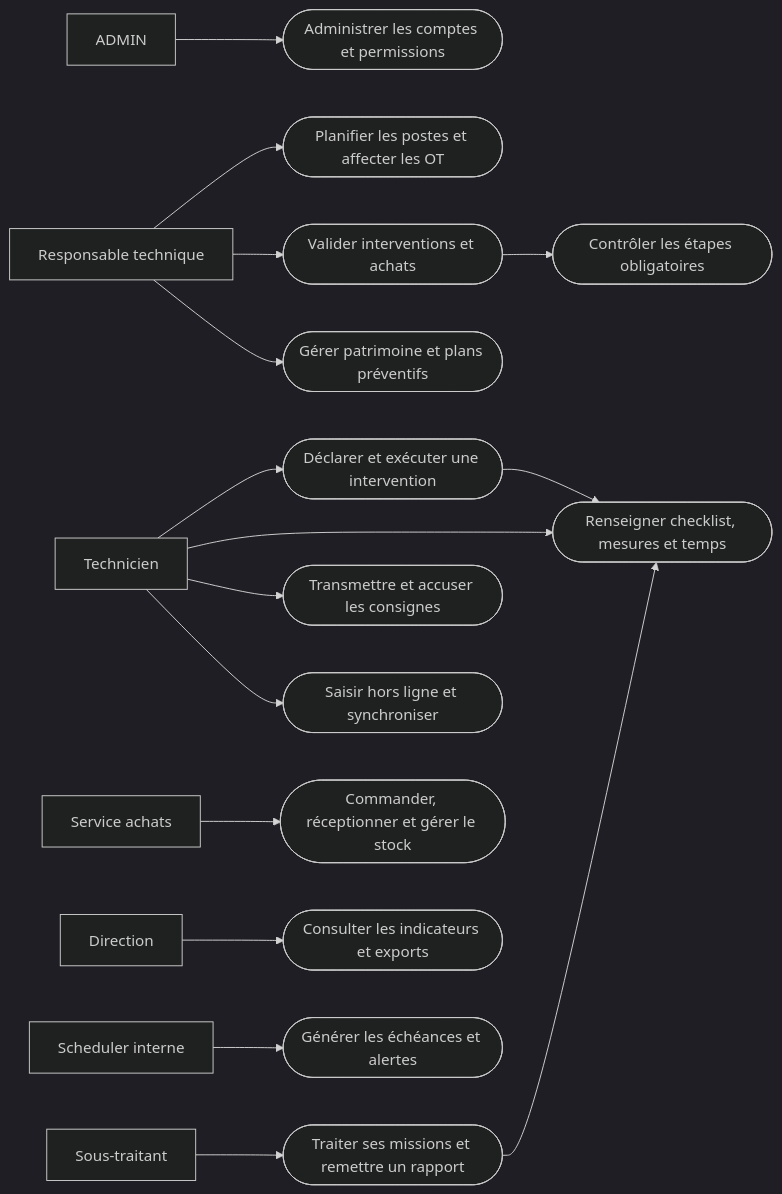
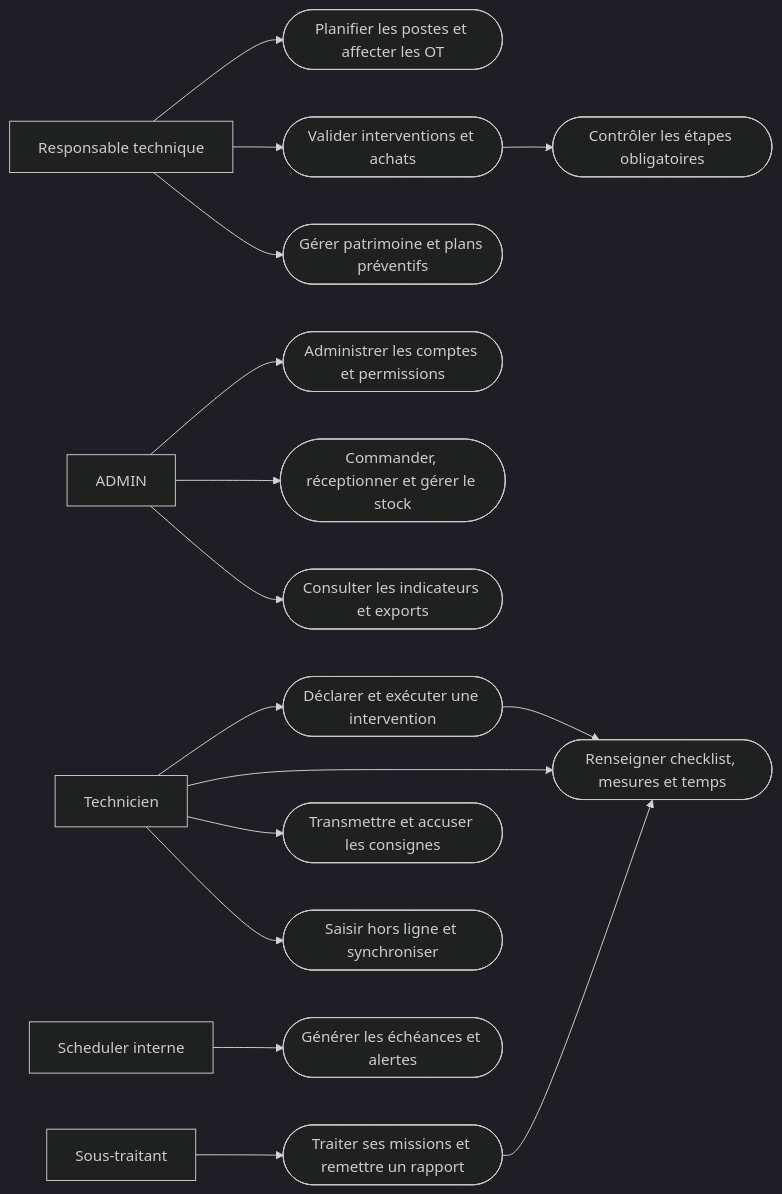
One commit to Aminez03/gmao changed the first of 6 diagrams in docs/phase-1/02-uml.md. Above: the diagram before and after it, drawn with Mermaid (dark theme). The commit also changed 76 other files, not shown here.

````diff
--- a/docs/phase-1/02-uml.md
+++ b/docs/phase-1/02-uml.md
@@ -9,18 +9,18 @@
 ```mermaid
 flowchart LR
     A[ADMIN] --> U1([Administrer les comptes et permissions])
     R[Responsable technique] --> U2([Planifier les postes et affecter les OT])
     R --> U3([Valider interventions et achats])
     R --> U4([Gérer patrimoine et plans préventifs])
     T[Technicien] --> U5([Déclarer et exécuter une intervention])
     T --> U6([Renseigner checklist, mesures et temps])
     T --> U7([Transmettre et accuser les consignes])
     T --> U8([Saisir hors ligne et synchroniser])
-    S[Service achats] --> U9([Commander, réceptionner et gérer le stock])
-    D[Direction] --> U10([Consulter les indicateurs et exports])
+    A --> U9([Commander, réceptionner et gérer le stock])
+    A --> U10([Consulter les indicateurs et exports])
     E[Sous-traitant] --> U11([Traiter ses missions et remettre un rapport])
     H[Scheduler interne] --> U12([Générer les échéances et alertes])
     U5 --> U6
     U11 --> U6
     U3 --> U13([Contrôler les étapes obligatoires])
 ```
````
